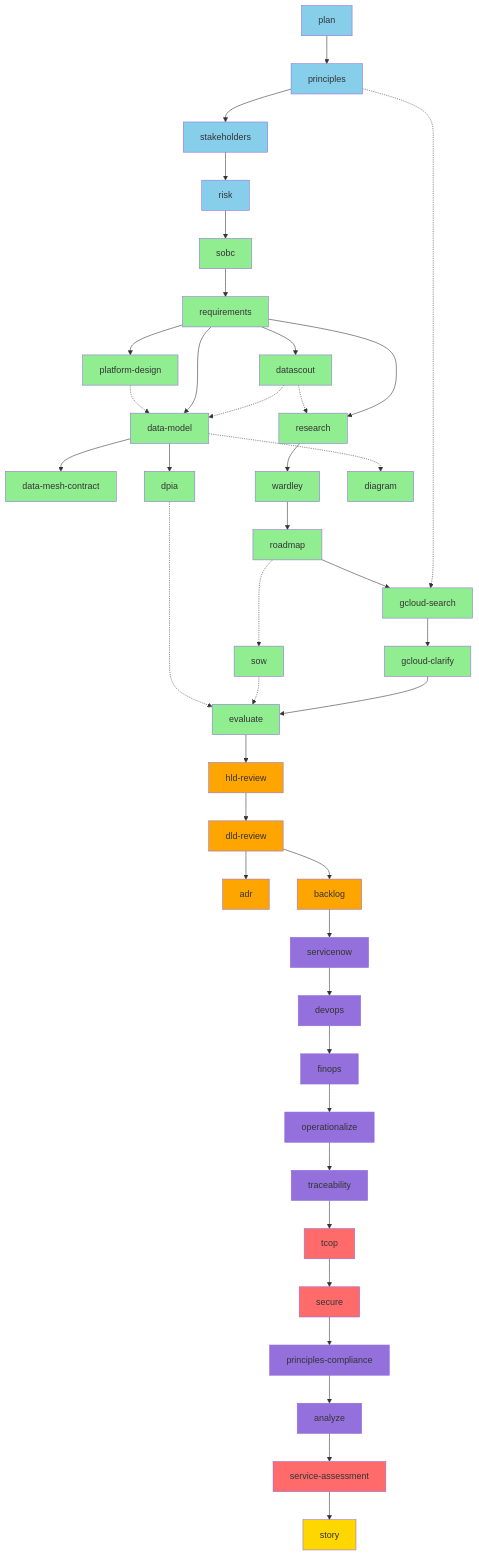
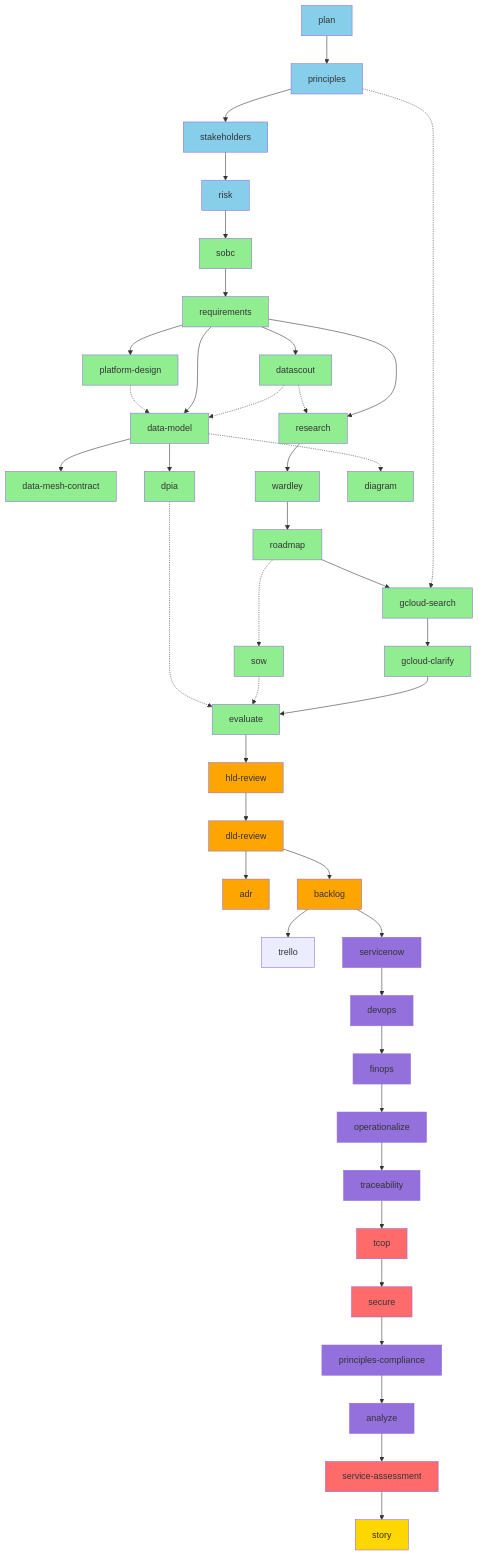
One commit to tractorjuice/arckit-test-project-v8-ons-data-platform changed the second of 9 diagrams in WORKFLOW-DIAGRAMS.md. Above: the diagram before and after it, drawn with Mermaid. The commit also changed other lines of this file, not shown here.

```diff
--- a/WORKFLOW-DIAGRAMS.md
+++ b/WORKFLOW-DIAGRAMS.md
@@ -150,6 +153,9 @@
 
     %% Tier 7: Implementation
     S --> U[backlog]
+
+    %% Tier 7.5: Backlog Export
+    U --> U1t[trello]
 
     %% Tier 8-9: Operations & Quality
     U --> W[servicenow]
```
